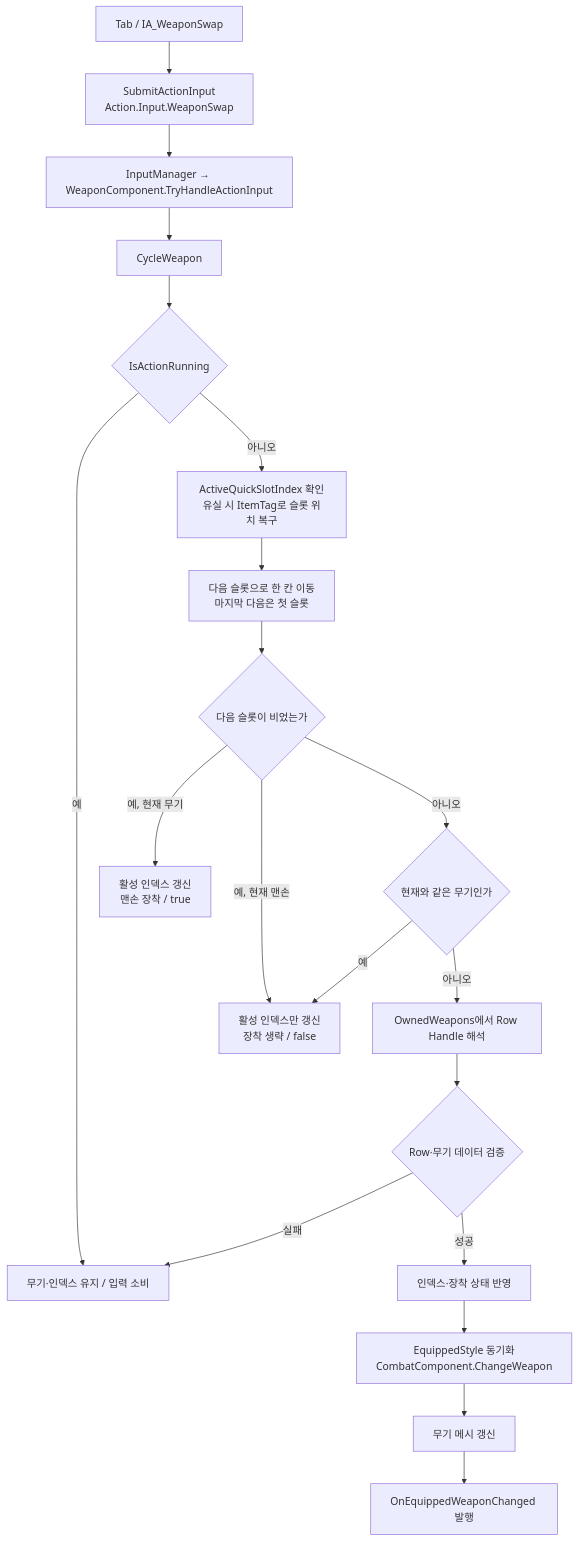
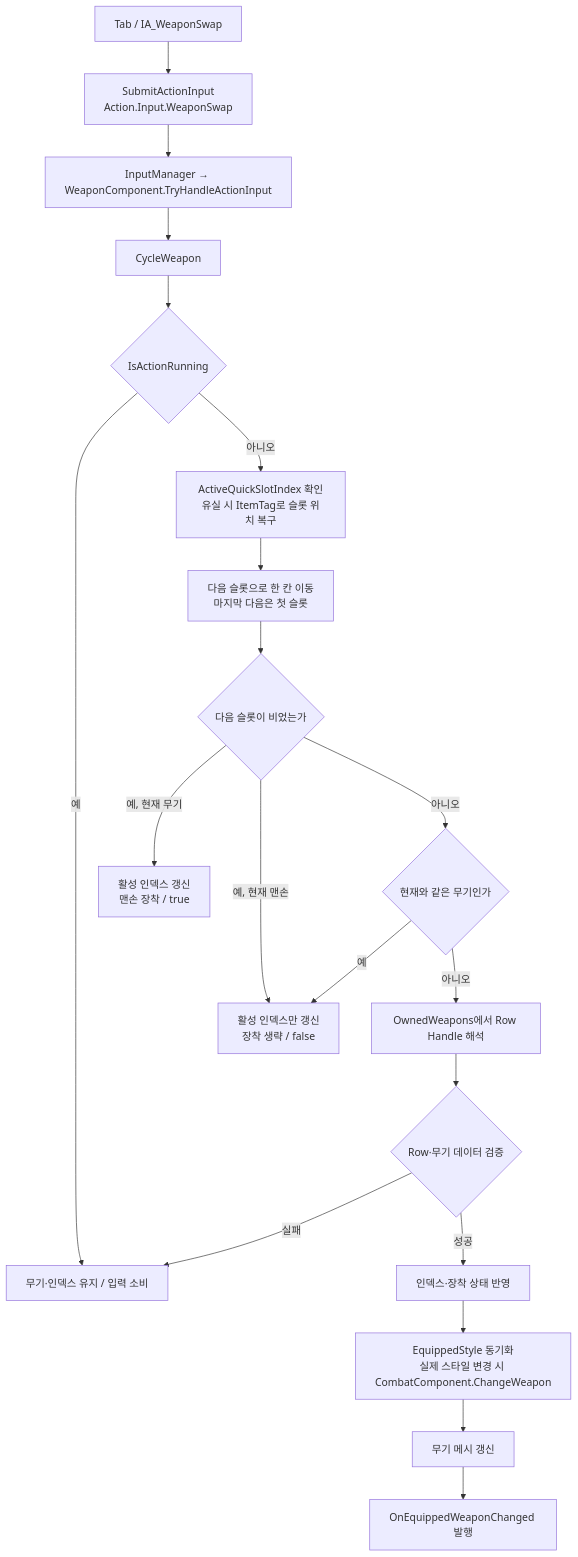
One commit to DreamersStudio3/Maverick changed the diagram in docs/wiki/Features/Combat/Weapon-Swap/document.md. Above: the diagram before and after it, drawn with Mermaid. The commit also changed other lines of this file and 3 other files, not shown here.

````diff
--- a/docs/wiki/Features/Combat/Weapon-Swap/document.md
+++ b/docs/wiki/Features/Combat/Weapon-Swap/document.md
@@ -90,22 +90,22 @@
 ```mermaid
 flowchart TD
     Tab["Tab / IA_WeaponSwap"] --> Submit["SubmitActionInput<br/>Action.Input.WeaponSwap"]
     Submit --> Manager["InputManager → WeaponComponent.TryHandleActionInput"]
     Manager --> Cycle["CycleWeapon"]
     Cycle --> Running{"IsActionRunning"}
     Running -->|예| Keep["무기·인덱스 유지 / 입력 소비"]
     Running -->|아니오| Index["ActiveQuickSlotIndex 확인<br/>유실 시 ItemTag로 슬롯 위치 복구"]
     Index --> Next["다음 슬롯으로 한 칸 이동<br/>마지막 다음은 첫 슬롯"]
     Next --> Empty{"다음 슬롯이 비었는가"}
     Empty -->|예, 현재 무기| BareHand["활성 인덱스 갱신<br/>맨손 장착 / true"]
     Empty -->|예, 현재 맨손| IndexOnly["활성 인덱스만 갱신<br/>장착 생략 / false"]
     Empty -->|아니오| Same{"현재와 같은 무기인가"}
     Same -->|예| IndexOnly
     Same -->|아니오| Resolve["OwnedWeapons에서 Row Handle 해석"]
     Resolve --> Validate{"Row·무기 데이터 검증"}
     Validate -->|실패| Keep
     Validate -->|성공| Apply["인덱스·장착 상태 반영"]
-    Apply --> Style["EquippedStyle 동기화<br/>CombatComponent.ChangeWeapon"]
+    Apply --> Style["EquippedStyle 동기화<br/>실제 스타일 변경 시 CombatComponent.ChangeWeapon"]
     Style --> Visual["무기 메시 갱신"]
     Visual --> Event["OnEquippedWeaponChanged 발행"]
 ```
````
